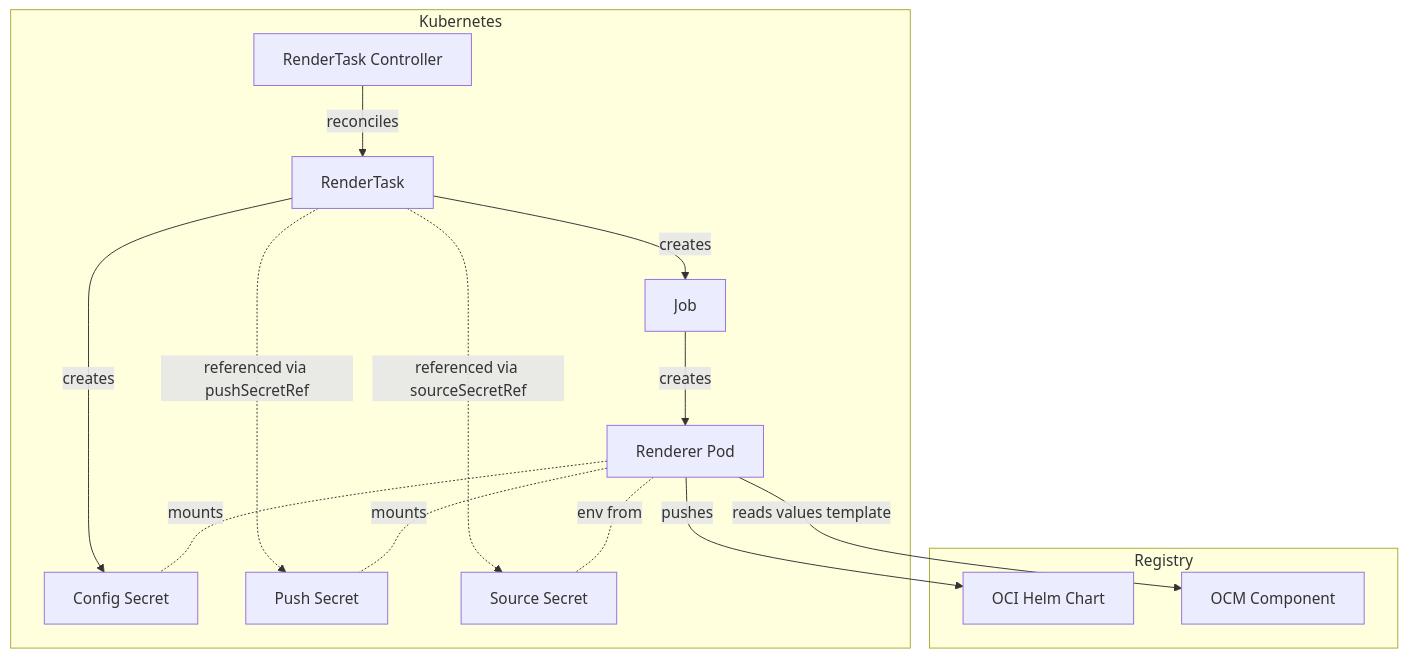
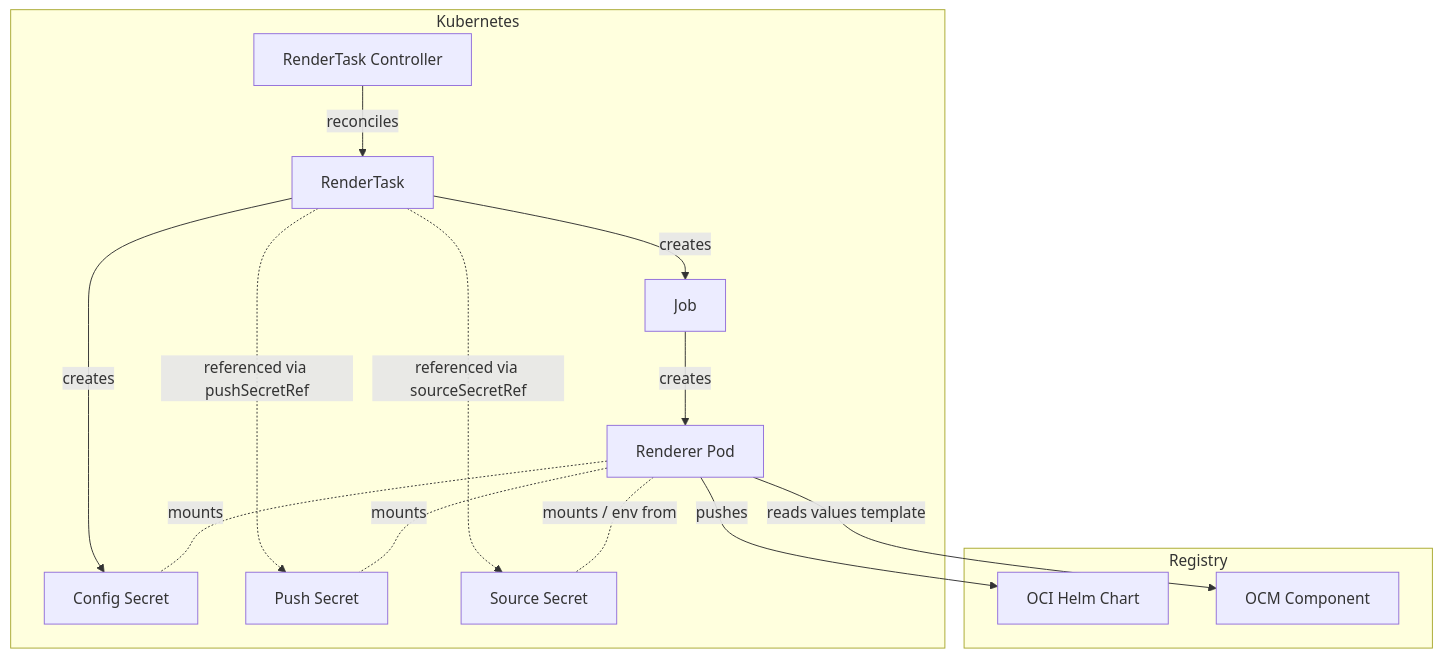
Before and after one commit to opendefensecloud/solution-arsenal: the first of 3 diagrams in docs/developer-guide/rendertask_controller.md, drawn with Mermaid. The commit also changed other lines of this file and 3 other files, not shown here.

````diff
--- a/docs/developer-guide/rendertask_controller.md
+++ b/docs/developer-guide/rendertask_controller.md
@@ -13,31 +13,31 @@
 ```mermaid
 flowchart TD
     subgraph Kubernetes
         Ctrl[RenderTask Controller]
         RT[RenderTask]
         J[Job]
         J -->|creates| Renderer[Renderer Pod]
         CS[Config Secret]
         PS[Push Secret]
         SS[Source Secret]
     end
 
     subgraph Registry
         Chart[OCI Helm Chart]
         Comp[OCM Component]
     end
 
     Ctrl -->|reconciles| RT
 
     RT -->|creates| CS
     RT -->|creates| J
     RT -.->|referenced via pushSecretRef| PS
     RT -.->|referenced via sourceSecretRef| SS
 
     Renderer -->|pushes| Chart
     Renderer -->|reads values template| Comp
 
     Renderer -.-|mounts| CS
     Renderer -.-|mounts| PS
-    Renderer -.-|env from| SS
+    Renderer -.-|mounts / env from| SS
 ```
````
